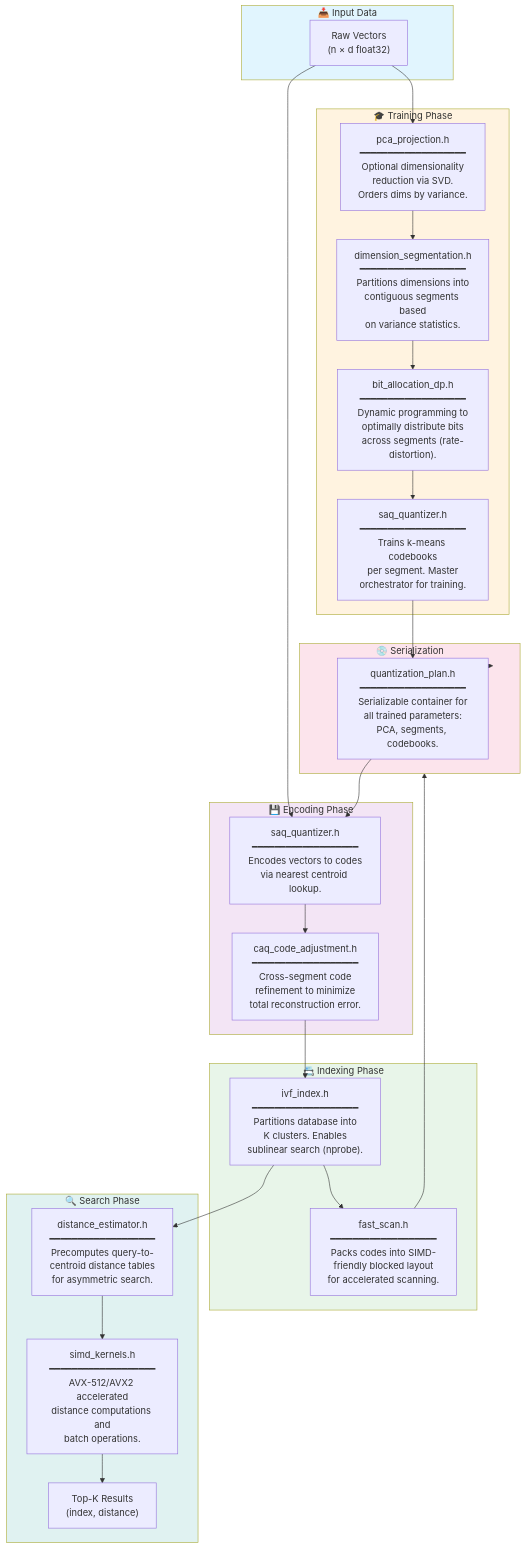
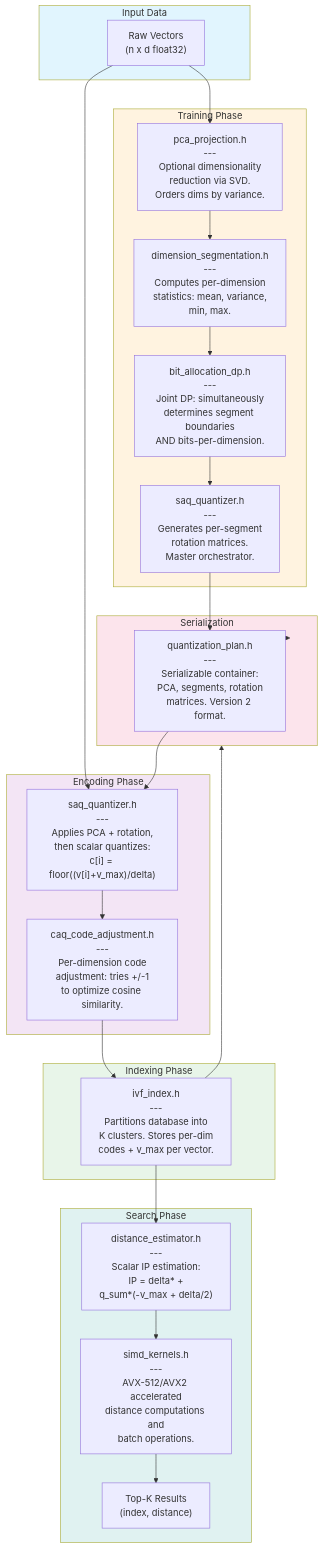
The first of 2 diagrams in docs/saq_codeflow.md (rohilrs/SAQ), drawn with Mermaid before and after one commit. The commit also changed other lines of this file and 6 other files, not shown here.

````diff
--- a/docs/saq_codeflow.md
+++ b/docs/saq_codeflow.md
@@ -7,66 +7,63 @@
 ```mermaid
 flowchart TB
-    subgraph Input["📥 Input Data"]
-        RAW["Raw Vectors<br/>(n × d float32)"]
+    subgraph Input["Input Data"]
+        RAW["Raw Vectors<br/>(n x d float32)"]
     end
 
-    subgraph Training["🎓 Training Phase"]
-        PCA["pca_projection.h<br/>━━━━━━━━━━━━━━━━━━━<br/>Optional dimensionality<br/>reduction via SVD.<br/>Orders dims by variance."]
-        
-        SEG["dimension_segmentation.h<br/>━━━━━━━━━━━━━━━━━━━<br/>Partitions dimensions into<br/>contiguous segments based<br/>on variance statistics."]
-        
-        BIT["bit_allocation_dp.h<br/>━━━━━━━━━━━━━━━━━━━<br/>Dynamic programming to<br/>optimally distribute bits<br/>across segments (rate-distortion)."]
-        
-        SAQ["saq_quantizer.h<br/>━━━━━━━━━━━━━━━━━━━<br/>Trains k-means codebooks<br/>per segment. Master<br/>orchestrator for training."]
+    subgraph Training["Training Phase"]
+        PCA["pca_projection.h<br/>---<br/>Optional dimensionality<br/>reduction via SVD.<br/>Orders dims by variance."]
+
+        SEG["dimension_segmentation.h<br/>---<br/>Computes per-dimension<br/>statistics: mean, variance,<br/>min, max."]
+
+        BIT["bit_allocation_dp.h<br/>---<br/>Joint DP: simultaneously<br/>determines segment boundaries<br/>AND bits-per-dimension."]
+
+        SAQ["saq_quantizer.h<br/>---<br/>Generates per-segment<br/>rotation matrices.<br/>Master orchestrator."]
     end
 
-    subgraph Encoding["💾 Encoding Phase"]
-        ENC["saq_quantizer.h<br/>━━━━━━━━━━━━━━━━━━━<br/>Encodes vectors to codes<br/>via nearest centroid lookup."]
-        
-        CAQ["caq_code_adjustment.h<br/>━━━━━━━━━━━━━━━━━━━<br/>Cross-segment code<br/>refinement to minimize<br/>total reconstruction error."]
+    subgraph Encoding["Encoding Phase"]
+        ENC["saq_quantizer.h<br/>---<br/>Applies PCA + rotation,<br/>then scalar quantizes:<br/>c[i] = floor((v[i]+v_max)/delta)"]
+
+        CAQ["caq_code_adjustment.h<br/>---<br/>Per-dimension code<br/>adjustment: tries +/-1<br/>to optimize cosine similarity."]
     end
 
-    subgraph Indexing["📇 Indexing Phase"]
-        IVF["ivf_index.h<br/>━━━━━━━━━━━━━━━━━━━<br/>Partitions database into<br/>K clusters. Enables<br/>sublinear search (nprobe)."]
-        
-        FS["fast_scan.h<br/>━━━━━━━━━━━━━━━━━━━<br/>Packs codes into SIMD-<br/>friendly blocked layout<br/>for accelerated scanning."]
+    subgraph Indexing["Indexing Phase"]
+        IVF["ivf_index.h<br/>---<br/>Partitions database into<br/>K clusters. Stores per-dim<br/>codes + v_max per vector."]
     end
 
-    subgraph Storage["💿 Serialization"]
-        PLAN["quantization_plan.h<br/>━━━━━━━━━━━━━━━━━━━<br/>Serializable container for<br/>all trained parameters:<br/>PCA, segments, codebooks."]
+    subgraph Storage["Serialization"]
+        PLAN["quantization_plan.h<br/>---<br/>Serializable container:<br/>PCA, segments, rotation<br/>matrices. Version 2 format."]
     end
 
-    subgraph Search["🔍 Search Phase"]
-        DIST["distance_estimator.h<br/>━━━━━━━━━━━━━━━━━━━<br/>Precomputes query-to-<br/>centroid distance tables<br/>for asymmetric search."]
-        
-        SIMD["simd_kernels.h<br/>━━━━━━━━━━━━━━━━━━━<br/>AVX-512/AVX2 accelerated<br/>distance computations and<br/>batch operations."]
-        
+    subgraph Search["Search Phase"]
+        DIST["distance_estimator.h<br/>---<br/>Scalar IP estimation:<br/>IP = delta*<codes,q> +<br/>q_sum*(-v_max + delta/2)"]
+
+        SIMD["simd_kernels.h<br/>---<br/>AVX-512/AVX2 accelerated<br/>distance computations and<br/>batch operations."]
+
         RESULT["Top-K Results<br/>(index, distance)"]
     end
 
     RAW --> PCA
     PCA --> SEG
     SEG --> BIT
     BIT --> SAQ
     SAQ --> PLAN
-    
+
     RAW --> ENC
     PLAN --> ENC
     ENC --> CAQ
     CAQ --> IVF
-    
-    IVF --> FS
-    FS --> Storage
+
+    IVF --> Storage
     PLAN --> Storage
-    
+
     IVF --> DIST
     DIST --> SIMD
     SIMD --> RESULT
 
     style Input fill:#e1f5fe
     style Training fill:#fff3e0
     style Encoding fill:#f3e5f5
     style Indexing fill:#e8f5e9
     style Storage fill:#fce4ec
     style Search fill:#e0f2f1
 ```
````
